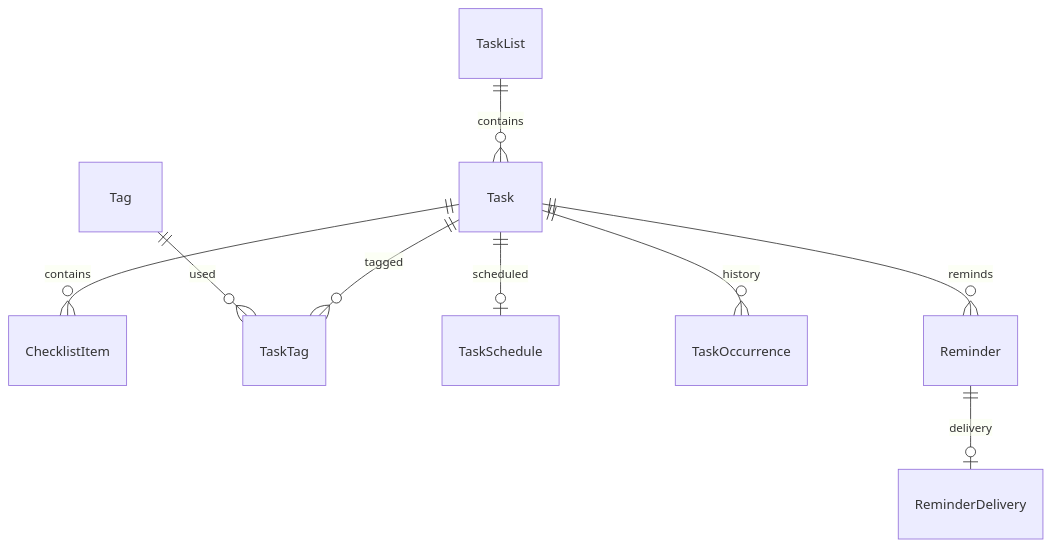
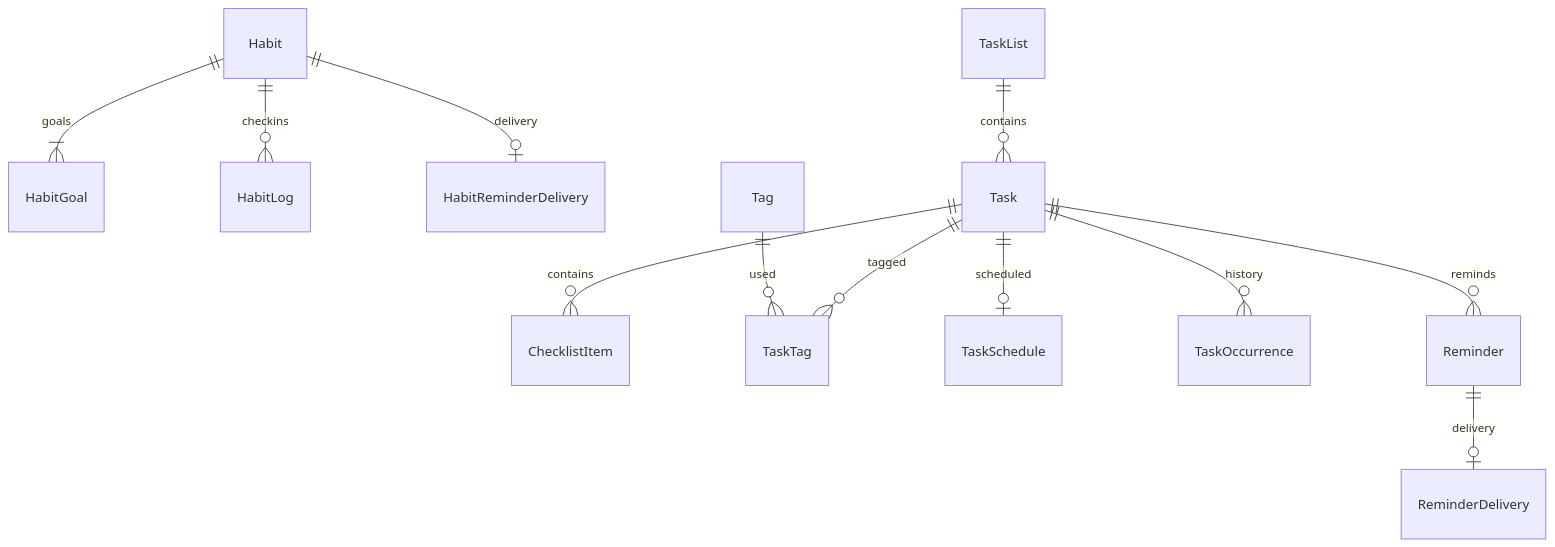
Before and after one commit to bossxor/tool_ScheduleMng: the second of 2 diagrams in docs/technical-design.md, drawn with Mermaid. The commit also changed other lines of this file and 3 other files, not shown here.

````diff
--- a/docs/technical-design.md
+++ b/docs/technical-design.md
@@ -68,11 +76,14 @@
 ```mermaid
 erDiagram
+    Habit ||--|{ HabitGoal : goals
+    Habit ||--o{ HabitLog : checkins
+    Habit ||--o| HabitReminderDelivery : delivery
     TaskList ||--o{ Task : contains
     Task ||--o{ ChecklistItem : contains
     Task ||--o{ TaskTag : tagged
     Tag ||--o{ TaskTag : used
     Task ||--o| TaskSchedule : scheduled
     Task ||--o{ TaskOccurrence : history
     Task ||--o{ Reminder : reminds
     Reminder ||--o| ReminderDelivery : delivery
 ```
````
